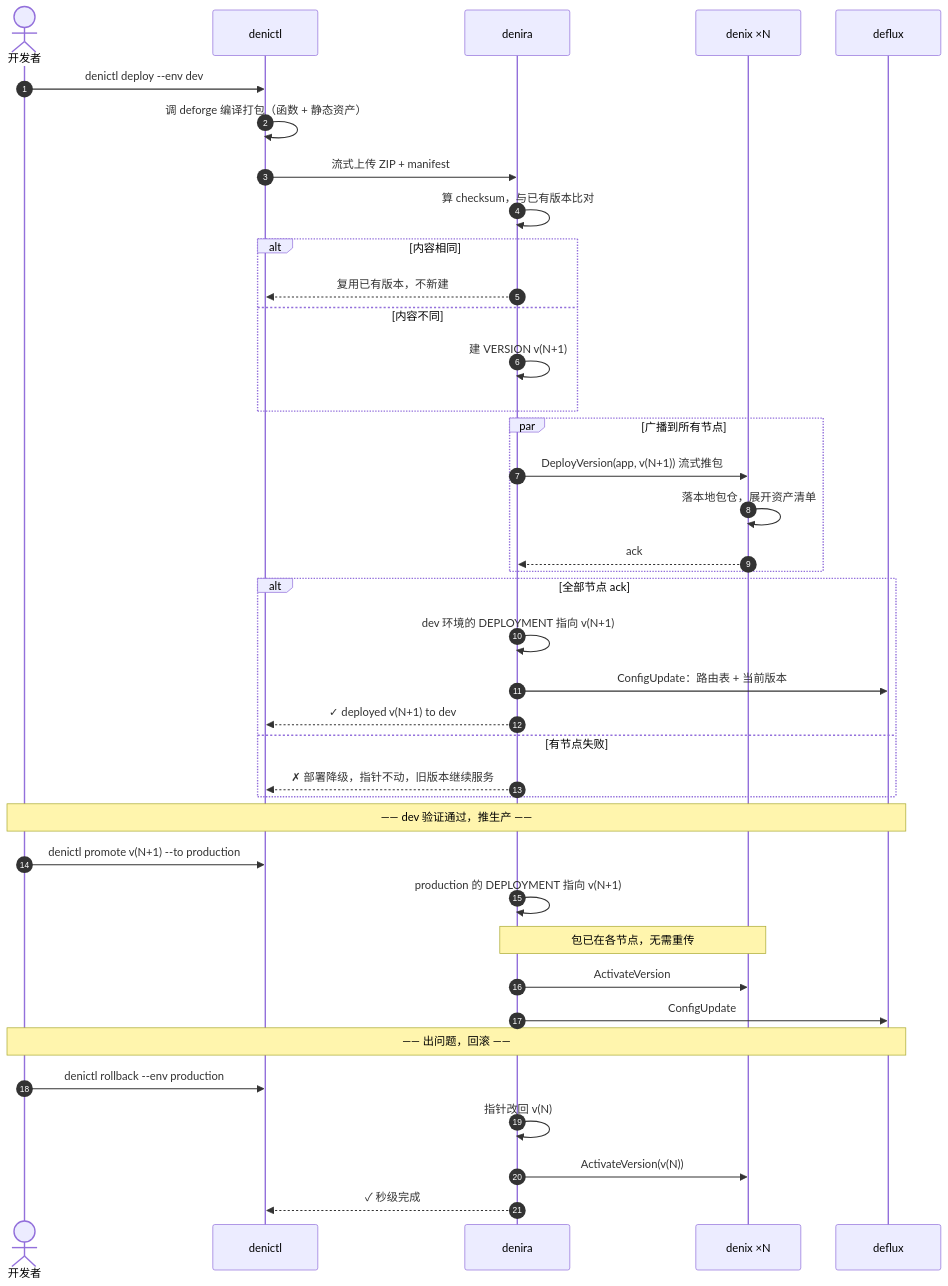
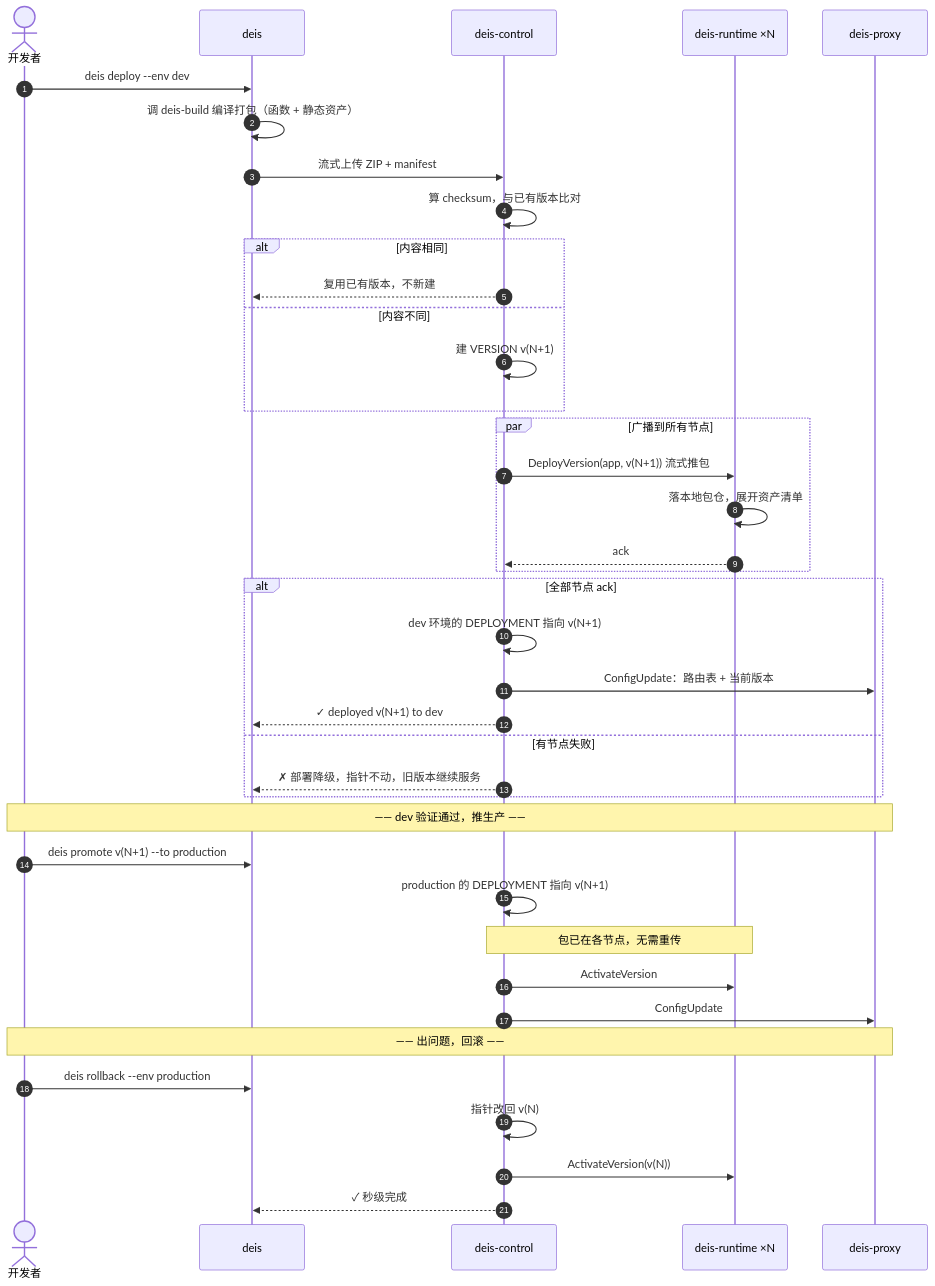
One commit to deislet/deislet changed the third of 6 diagrams in docs/architecture.zh.md. Above: the diagram before and after it, drawn with Mermaid. The commit also changed other lines of this file and 591 other files, not shown here.

````diff
--- a/docs/architecture.zh.md
+++ b/docs/architecture.zh.md
@@ -199,44 +199,44 @@
 ```mermaid
 sequenceDiagram
     autonumber
     actor Dev as 开发者
-    participant CLI as denictl
-    participant R as denira
-    participant X as denix ×N
-    participant F as deflux
+    participant CLI as deis
+    participant R as deis-control
+    participant X as deis-runtime ×N
+    participant F as deis-proxy
 
-    Dev->>CLI: denictl deploy --env dev
-    CLI->>CLI: 调 deforge 编译打包（函数 + 静态资产）
+    Dev->>CLI: deis deploy --env dev
+    CLI->>CLI: 调 deis-build 编译打包（函数 + 静态资产）
     CLI->>R: 流式上传 ZIP + manifest
     R->>R: 算 checksum，与已有版本比对
     alt 内容相同
         R-->>CLI: 复用已有版本，不新建
     else 内容不同
         R->>R: 建 VERSION v(N+1)
     end
     par 广播到所有节点
         R->>X: DeployVersion(app, v(N+1)) 流式推包
         X->>X: 落本地包仓，展开资产清单
         X-->>R: ack
     end
     alt 全部节点 ack
         R->>R: dev 环境的 DEPLOYMENT 指向 v(N+1)
         R->>F: ConfigUpdate：路由表 + 当前版本
         R-->>CLI: ✓ deployed v(N+1) to dev
     else 有节点失败
         R-->>CLI: ✗ 部署降级，指针不动，旧版本继续服务
     end
 
     Note over Dev,F: —— dev 验证通过，推生产 ——
-    Dev->>CLI: denictl promote v(N+1) --to production
+    Dev->>CLI: deis promote v(N+1) --to production
     R->>R: production 的 DEPLOYMENT 指向 v(N+1)
     Note over R,X: 包已在各节点，无需重传
     R->>X: ActivateVersion
     R->>F: ConfigUpdate
 
     Note over Dev,F: —— 出问题，回滚 ——
-    Dev->>CLI: denictl rollback --env production
+    Dev->>CLI: deis rollback --env production
     R->>R: 指针改回 v(N)
     R->>X: ActivateVersion(v(N))
     R-->>CLI: ✓ 秒级完成
 ```
````
